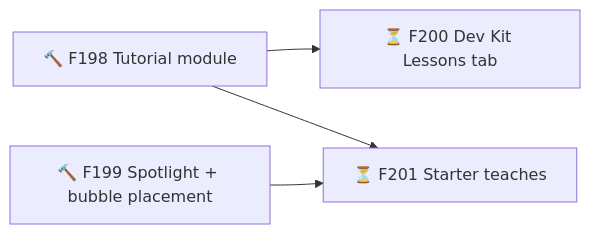
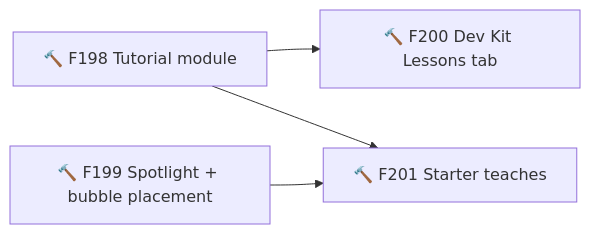
Diagram 37 of 37 in .planning/ROADMAP.md (TheBlueMuzzy/framework), drawn with Mermaid before and after one commit. The commit also changed other lines of this file and 1 other file, not shown here.

Commit message:
Sprint 63: F200 and F201 marked building (in the sprint)

````diff
--- a/.planning/ROADMAP.md
+++ b/.planning/ROADMAP.md
@@ -597,10 +597,10 @@
 ```mermaid
 flowchart LR
   F198[🔨 F198 Tutorial module]
   F199[🔨 F199 Spotlight + bubble placement]
-  F200[⏳ F200 Dev Kit Lessons tab]
-  F201[⏳ F201 Starter teaches]
+  F200[🔨 F200 Dev Kit Lessons tab]
+  F201[🔨 F201 Starter teaches]
   F198 --> F200
   F198 --> F201
   F199 --> F201
 ```
````
